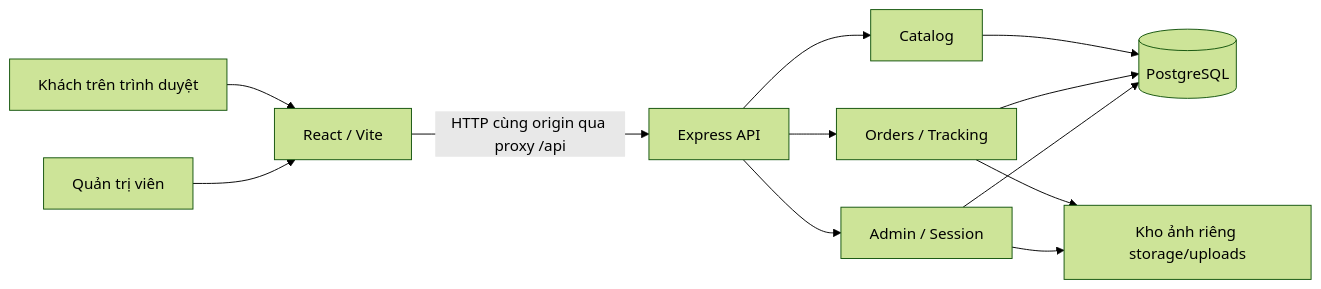
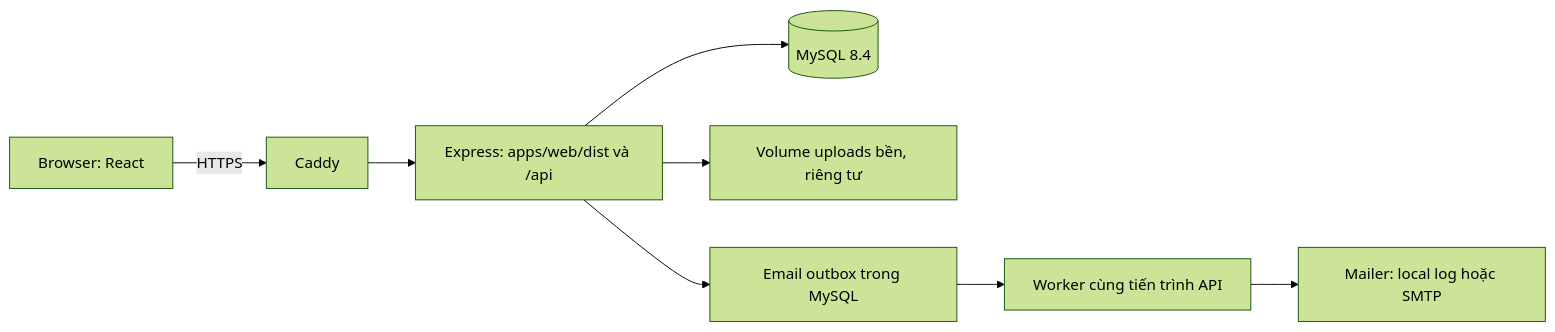
Before and after one commit to minh39707/harmea-mvp: the diagram in docs/02-architecture.md, drawn with Mermaid (forest theme). The commit also changed other lines of this file and 24 other files, not shown here.

````diff
--- a/docs/02-architecture.md
+++ b/docs/02-architecture.md
@@ -7,14 +7,10 @@
 ```mermaid
 flowchart LR
-    G[Khách trên trình duyệt] --> W[React / Vite]
-    A[Quản trị viên] --> W
-    W -->|HTTP cùng origin qua proxy /api| API[Express API]
-    API --> C[Catalog]
-    API --> O[Orders / Tracking]
-    API --> AD[Admin / Session]
-    C --> DB[(PostgreSQL)]
-    O --> DB
-    AD --> DB
-    O --> F[Kho ảnh riêng storage/uploads]
-    AD --> F
+    B[Browser: React] -->|HTTPS| C[Caddy]
+    C --> A[Express: apps/web/dist và /api]
+    A --> D[(MySQL 8.4)]
+    A --> U[Volume uploads bền, riêng tư]
+    A --> O[Email outbox trong MySQL]
+    O --> W[Worker cùng tiến trình API]
+    W --> M[Mailer: local log hoặc SMTP]
 ```
````
